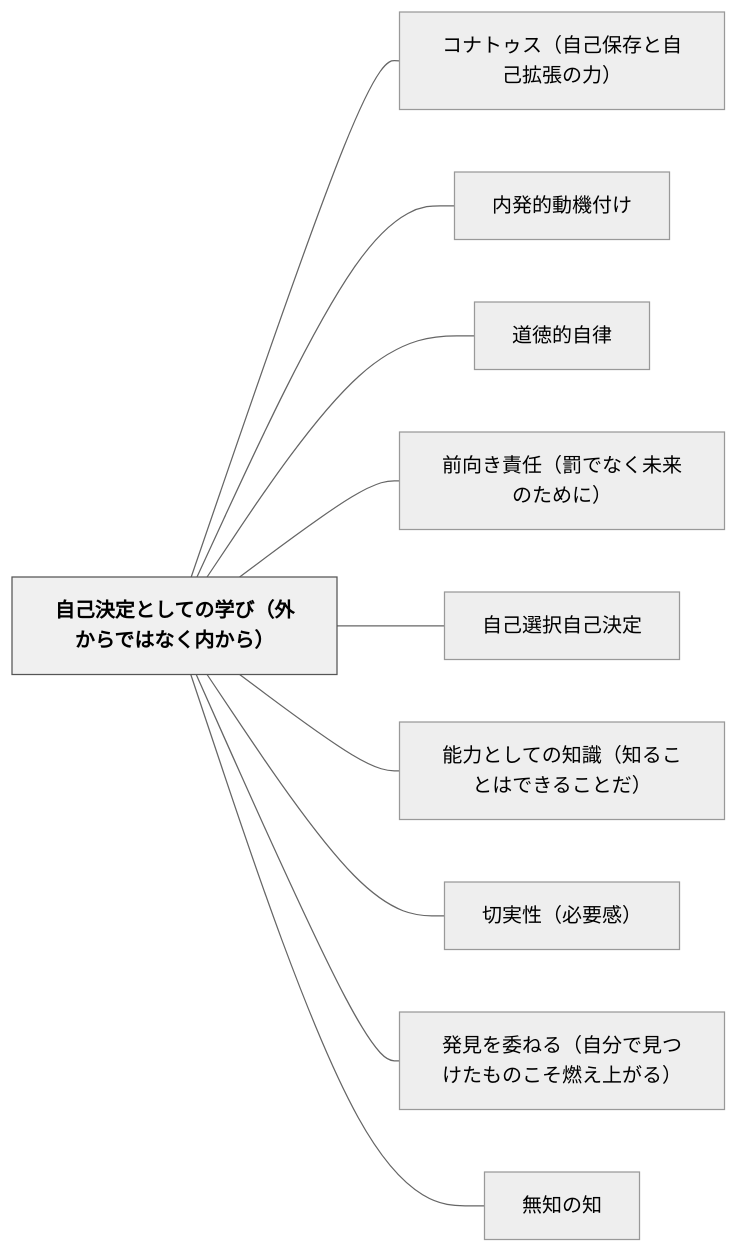
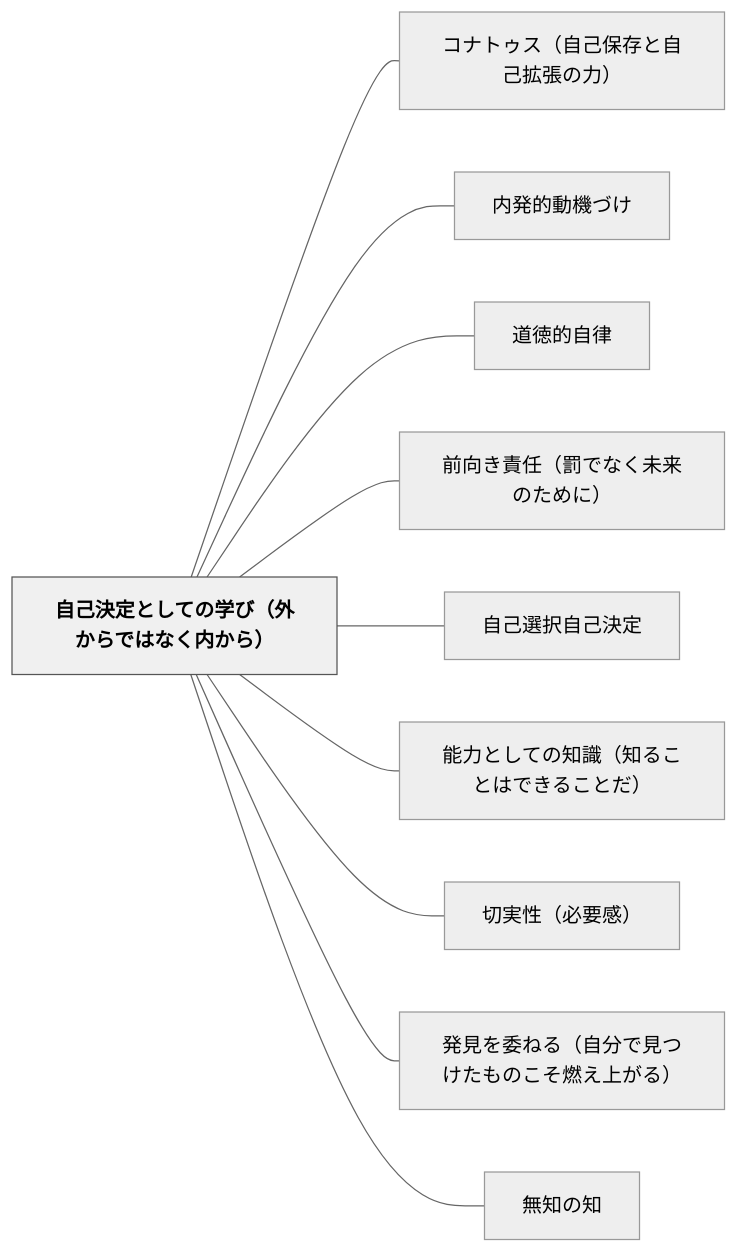
One commit to unknownthings-ed-patterns/unknownthings-ed-patterns changed the diagram in content/パタン/自己決定としての学び（外からではなく内から）.md. Above: the diagram before and after it, drawn with Mermaid (neutral theme). The commit also changed other lines of this file and 234 other files, not shown here.

````diff
--- a/content/パタン/自己決定としての学び（外からではなく内から）.md
+++ b/content/パタン/自己決定としての学び（外からではなく内から）.md
@@ -137,26 +137,26 @@
 ```mermaid
 flowchart LR
     ne887aae5b7b1e6b1bae5ae9ae381a8e38197e381a6e381aee5ada6e381b3efbc88e5a496e3818be38289e381a7e381afe381aae3818fe58685e3818be38289efbc89["自己決定としての学び（外からではなく内から）"]
     ne382b3e3838ae38388e382a5e382b9efbc88e887aae5b7b1e4bf9de5ad98e381a8e887aae5b7b1e68ba1e5bcb5e381aee58a9befbc89["コナトゥス（自己保存と自己拡張の力）"]
-    ne58685e799bae79a84e58b95e6a99fe4bb98e38191["内発的動機付け"]
+    ne58685e799bae79a84e58b95e6a99fe381a5e38191["内発的動機づけ"]
     ne98193e5beb3e79a84e887aae5be8b["道徳的自律"]
     ne5898de59091e3818de8b2ace4bbbbefbc88e7bdb0e381a7e381aae3818fe69caae69da5e381aee3819fe38281e381abefbc89["前向き責任（罰でなく未来のために）"]
     ne887aae5b7b1e981b8e68a9ee887aae5b7b1e6b1bae5ae9a["自己選択自己決定"]
     ne883bde58a9be381a8e38197e381a6e381aee79fa5e8ad98efbc88e79fa5e3828be38193e381a8e381afe381a7e3818de3828be38193e381a8e381a0efbc89["能力としての知識（知ることはできることだ）"]
     ne58887e5ae9fe680a7efbc88e5bf85e8a681e6849fefbc89["切実性（必要感）"]
     ne799bae8a68be38292e5a794e381ade3828befbc88e887aae58886e381a7e8a68be381a4e38191e3819fe38282e381aee38193e3819de78783e38188e4b88ae3818ce3828befbc89["発見を委ねる（自分で見つけたものこそ燃え上がる）"]
     ne784a1e79fa5e381aee79fa5["無知の知"]
 
     ne887aae5b7b1e6b1bae5ae9ae381a8e38197e381a6e381aee5ada6e381b3efbc88e5a496e3818be38289e381a7e381afe381aae3818fe58685e3818be38289efbc89 --- ne382b3e3838ae38388e382a5e382b9efbc88e887aae5b7b1e4bf9de5ad98e381a8e887aae5b7b1e68ba1e5bcb5e381aee58a9befbc89
-    ne887aae5b7b1e6b1bae5ae9ae381a8e38197e381a6e381aee5ada6e381b3efbc88e5a496e3818be38289e381a7e381afe381aae3818fe58685e3818be38289efbc89 --- ne58685e799bae79a84e58b95e6a99fe4bb98e38191
+    ne887aae5b7b1e6b1bae5ae9ae381a8e38197e381a6e381aee5ada6e381b3efbc88e5a496e3818be38289e381a7e381afe381aae3818fe58685e3818be38289efbc89 --- ne58685e799bae79a84e58b95e6a99fe381a5e38191
     ne887aae5b7b1e6b1bae5ae9ae381a8e38197e381a6e381aee5ada6e381b3efbc88e5a496e3818be38289e381a7e381afe381aae3818fe58685e3818be38289efbc89 --- ne98193e5beb3e79a84e887aae5be8b
     ne887aae5b7b1e6b1bae5ae9ae381a8e38197e381a6e381aee5ada6e381b3efbc88e5a496e3818be38289e381a7e381afe381aae3818fe58685e3818be38289efbc89 --- ne5898de59091e3818de8b2ace4bbbbefbc88e7bdb0e381a7e381aae3818fe69caae69da5e381aee3819fe38281e381abefbc89
     ne887aae5b7b1e6b1bae5ae9ae381a8e38197e381a6e381aee5ada6e381b3efbc88e5a496e3818be38289e381a7e381afe381aae3818fe58685e3818be38289efbc89 --- ne887aae5b7b1e981b8e68a9ee887aae5b7b1e6b1bae5ae9a
     ne887aae5b7b1e6b1bae5ae9ae381a8e38197e381a6e381aee5ada6e381b3efbc88e5a496e3818be38289e381a7e381afe381aae3818fe58685e3818be38289efbc89 --- ne883bde58a9be381a8e38197e381a6e381aee79fa5e8ad98efbc88e79fa5e3828be38193e381a8e381afe381a7e3818de3828be38193e381a8e381a0efbc89
     ne887aae5b7b1e6b1bae5ae9ae381a8e38197e381a6e381aee5ada6e381b3efbc88e5a496e3818be38289e381a7e381afe381aae3818fe58685e3818be38289efbc89 --- ne58887e5ae9fe680a7efbc88e5bf85e8a681e6849fefbc89
     ne887aae5b7b1e6b1bae5ae9ae381a8e38197e381a6e381aee5ada6e381b3efbc88e5a496e3818be38289e381a7e381afe381aae3818fe58685e3818be38289efbc89 --- ne799bae8a68be38292e5a794e381ade3828befbc88e887aae58886e381a7e8a68be381a4e38191e3819fe38282e381aee38193e3819de78783e38188e4b88ae3818ce3828befbc89
     ne887aae5b7b1e6b1bae5ae9ae381a8e38197e381a6e381aee5ada6e381b3efbc88e5a496e3818be38289e381a7e381afe381aae3818fe58685e3818be38289efbc89 --- ne784a1e79fa5e381aee79fa5
 
     classDef hub fill:#f0f0f0,stroke:#555,color:#000,font-weight:bold
     class ne887aae5b7b1e6b1bae5ae9ae381a8e38197e381a6e381aee5ada6e381b3efbc88e5a496e3818be38289e381a7e381afe381aae3818fe58685e3818be38289efbc89 hub
 ```
````
